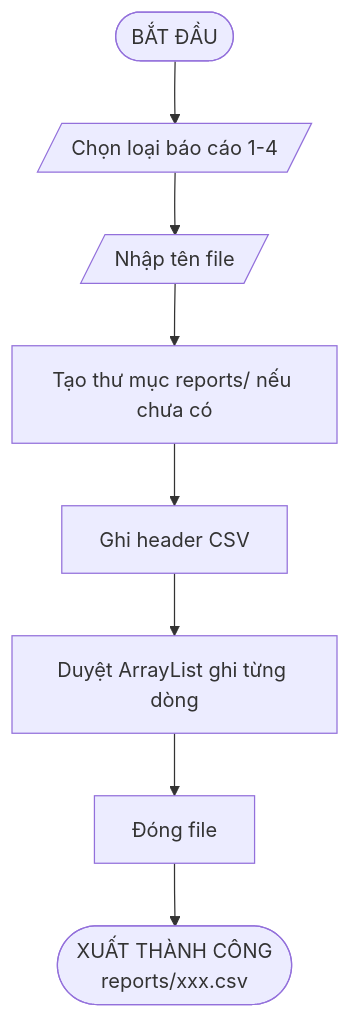
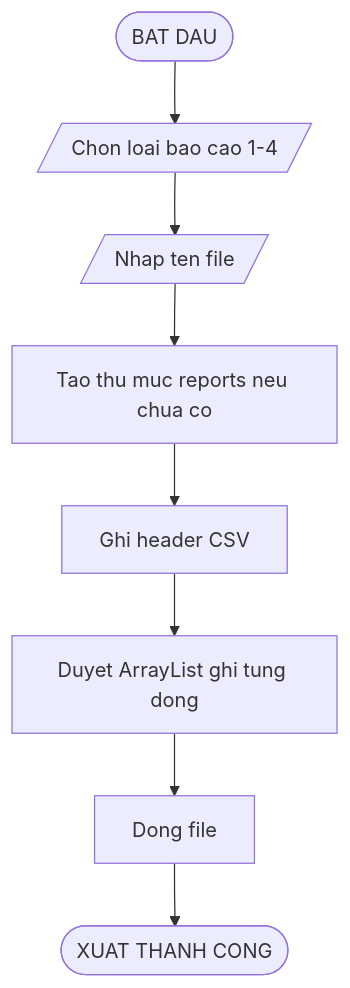
The eighth of 20 diagrams in docs/Flowcharts/Flowcharts.md (phucphuc2006/pro-192), drawn with Mermaid before and after one commit. The commit also changed other lines of this file, not shown here.

Commit message:
Fix Mermaid syntax for GitHub compatibility

````diff
--- a/docs/Flowcharts/Flowcharts.md
+++ b/docs/Flowcharts/Flowcharts.md
@@ -145,10 +145,10 @@
 ```mermaid
 flowchart TD
-    A([BẮT ĐẦU]) --> B[/Chọn loại báo cáo 1-4/]
-    B --> C[/Nhập tên file/]
-    C --> D[Tạo thư mục reports/ nếu chưa có]
+    A([BAT DAU]) --> B[/Chon loai bao cao 1-4/]
+    B --> C[/Nhap ten file/]
+    C --> D[Tao thu muc reports neu chua co]
     D --> E[Ghi header CSV]
-    E --> F[Duyệt ArrayList ghi từng dòng]
-    F --> G[Đóng file]
-    G --> H([XUẤT THÀNH CÔNG<br/>reports/xxx.csv])
+    E --> F[Duyet ArrayList ghi tung dong]
+    F --> G[Dong file]
+    G --> H([XUAT THANH CONG])
 ```
````
